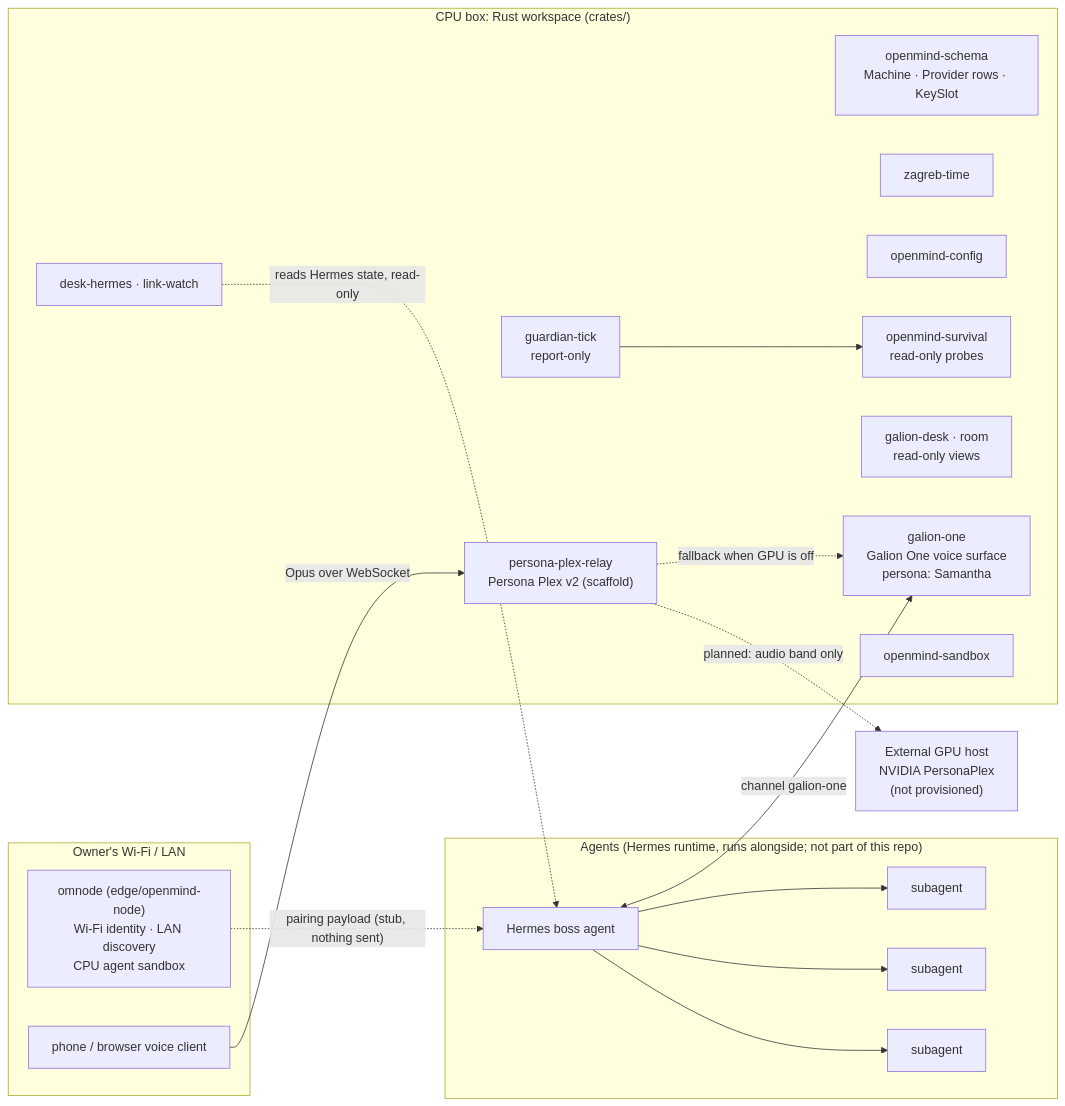
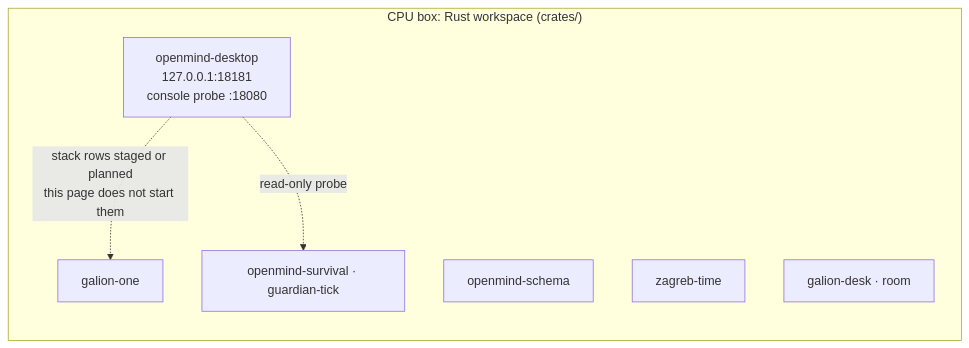
Before and after one commit to galion-studio/obsidian-open-mind: the diagram in README.md, drawn with Mermaid. The commit also changed other lines of this file and 3 other files, not shown here.

````diff
--- a/README.md
+++ b/README.md
@@ -59,40 +115,14 @@
 ```mermaid
 flowchart LR
-  subgraph AG["Agents (Hermes runtime, runs alongside; not part of this repo)"]
-    H["Hermes boss agent"]
-    S1["subagent"]
-    S2["subagent"]
-    S3["subagent"]
-    H --> S1
-    H --> S2
-    H --> S3
+  subgraph BOX["CPU box: Rust workspace (crates/)"]
+    DESKTOP["openmind-desktop<br/>127.0.0.1:18181<br/>console probe :18080"]
+    SCHEMA["openmind-schema"]
+    TIME["zagreb-time"]
+    ONE["galion-one"]
+    DESK["galion-desk · room"]
+    SURV["openmind-survival · guardian-tick"]
   end
 
-  subgraph BOX["CPU box: Rust workspace (crates/)"]
-    SCHEMA["openmind-schema<br/>Machine · Provider rows · KeySlot"]
-    TIME["zagreb-time"]
-    CFG["openmind-config"]
-    ONE["galion-one<br/>Galion One voice surface<br/>persona: Samantha"]
-    DESK["galion-desk · room<br/>read-only views"]
-    DH["desk-hermes · link-watch"]
-    GT["guardian-tick<br/>report-only"]
-    SURV["openmind-survival<br/>read-only probes"]
-    RELAY["persona-plex-relay<br/>Persona Plex v2 (scaffold)"]
-    SBX["openmind-sandbox"]
-    GT --> SURV
-  end
-
-  GPU["External GPU host<br/>NVIDIA PersonaPlex<br/>(not provisioned)"]
-
-  subgraph LAN["Owner's Wi-Fi / LAN"]
-    NODE["omnode (edge/openmind-node)<br/>Wi-Fi identity · LAN discovery<br/>CPU agent sandbox"]
-    VOICE["phone / browser voice client"]
-  end
-
-  H <-->|"channel galion-one"| ONE
-  DH -.->|"reads Hermes state, read-only"| H
-  VOICE -->|"Opus over WebSocket"| RELAY
-  RELAY -.->|"planned: audio band only"| GPU
-  RELAY -.->|"fallback when GPU is off"| ONE
-  NODE -.->|"pairing payload (stub, nothing sent)"| H
+  DESKTOP -.->|"stack rows staged or planned<br/>this page does not start them"| ONE
+  DESKTOP -.->|"read-only probe"| SURV
 ```
````
